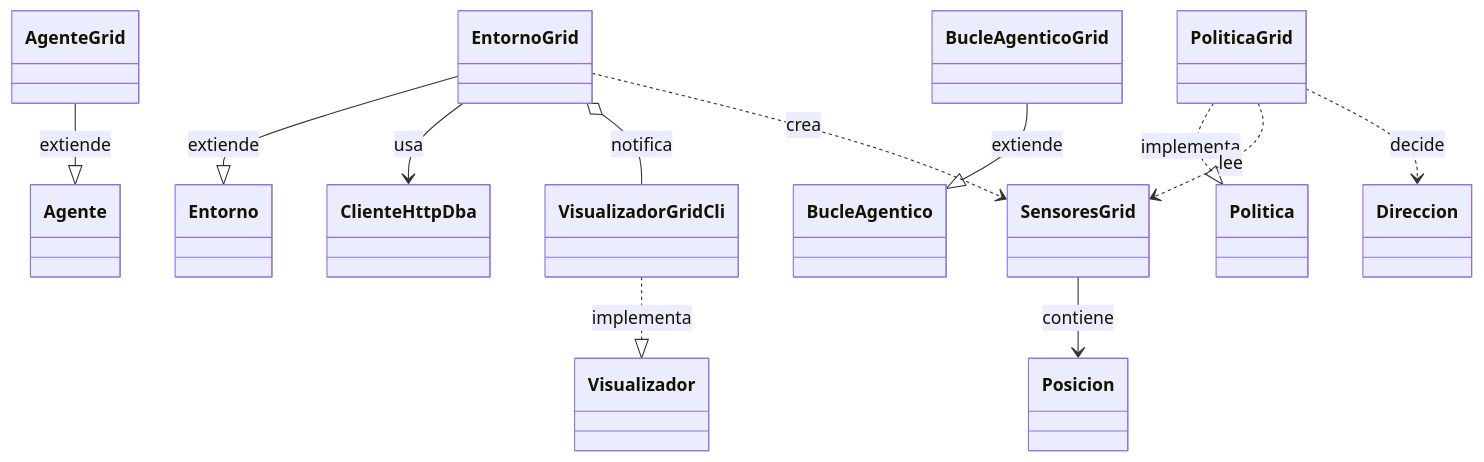
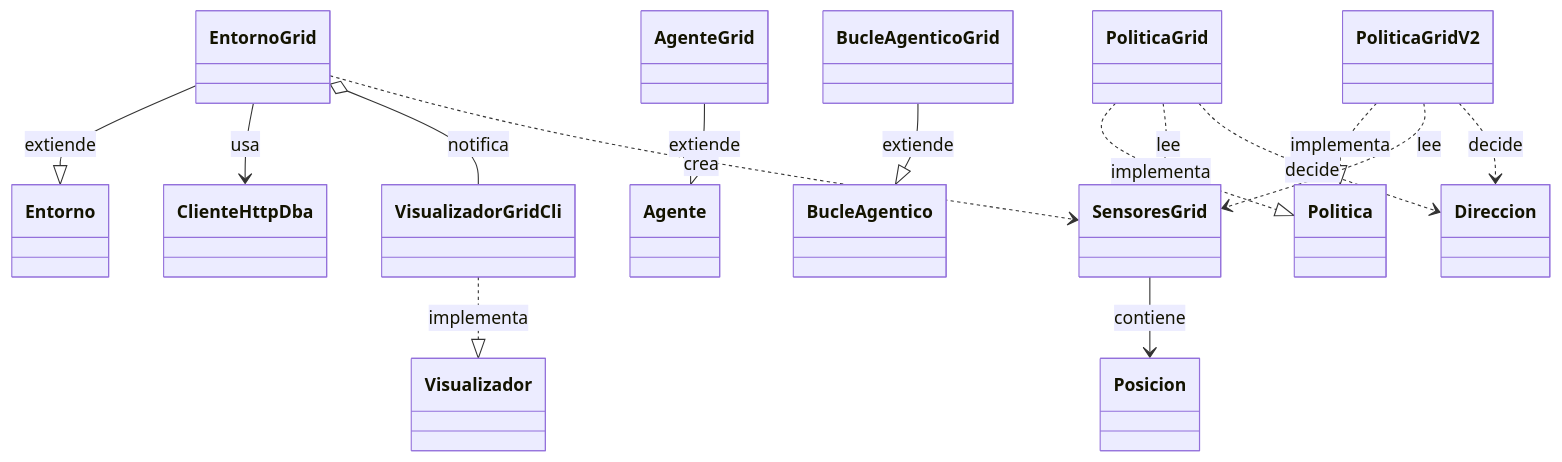
The third of 3 diagrams in README.md (leemon22/DBApractica2), drawn with Mermaid before and after one commit. The commit also changed other lines of this file and 4 other files, not shown here.

Commit message:
refactor(grid): documentar y refactorizar PoliticaGridV2 con comentarios didacticos y documentacion del repositorio

````diff
--- a/README.md
+++ b/README.md
@@ -297,14 +306,17 @@
 ```mermaid
 classDiagram
     EntornoGrid --|> Entorno : extiende
     PoliticaGrid ..|> Politica : implementa
+    PoliticaGridV2 ..|> Politica : implementa
     VisualizadorGridCli ..|> Visualizador : implementa
     AgenteGrid --|> Agente : extiende
     BucleAgenticoGrid --|> BucleAgentico : extiende
     EntornoGrid --> ClienteHttpDba : usa
     EntornoGrid o-- VisualizadorGridCli : notifica
     EntornoGrid ..> SensoresGrid : crea
     SensoresGrid --> Posicion : contiene
     PoliticaGrid ..> SensoresGrid : lee
     PoliticaGrid ..> Direccion : decide
+    PoliticaGridV2 ..> SensoresGrid : lee
+    PoliticaGridV2 ..> Direccion : decide
 ```
````
